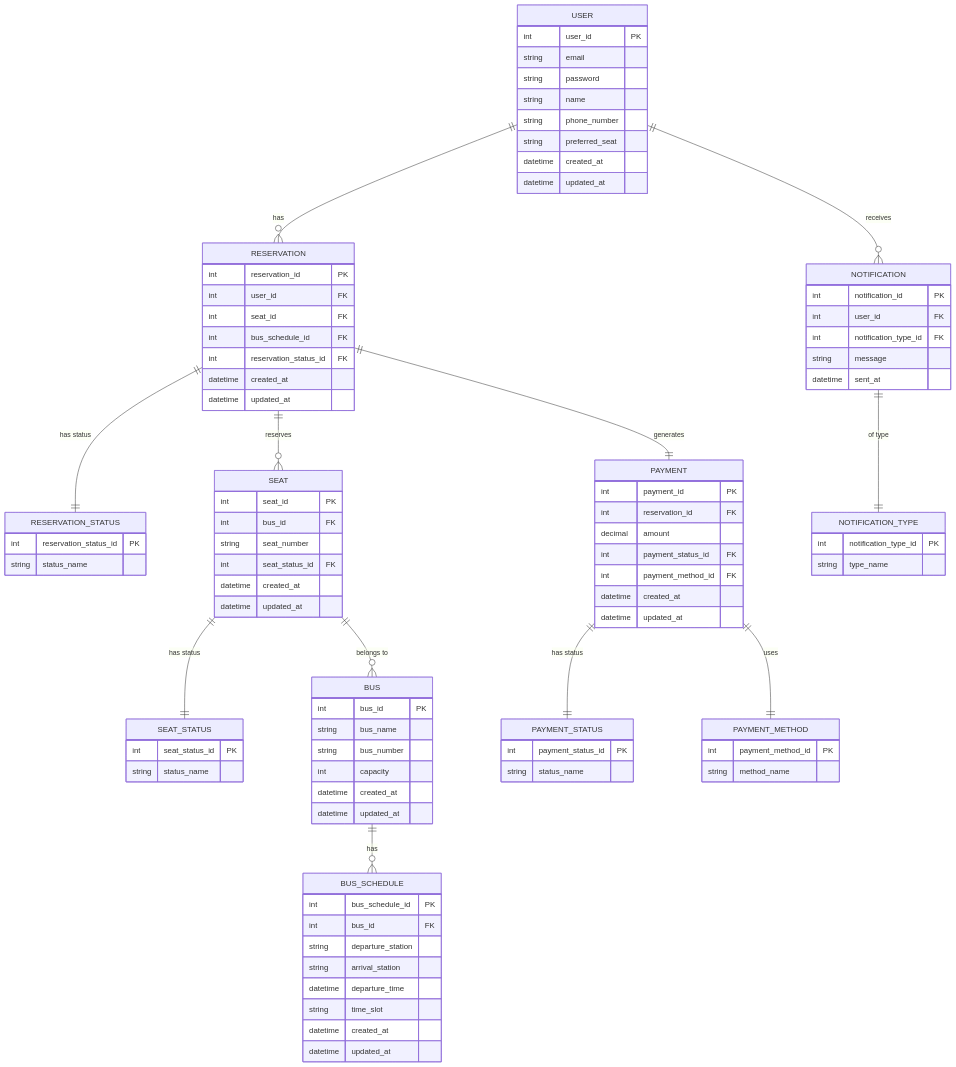
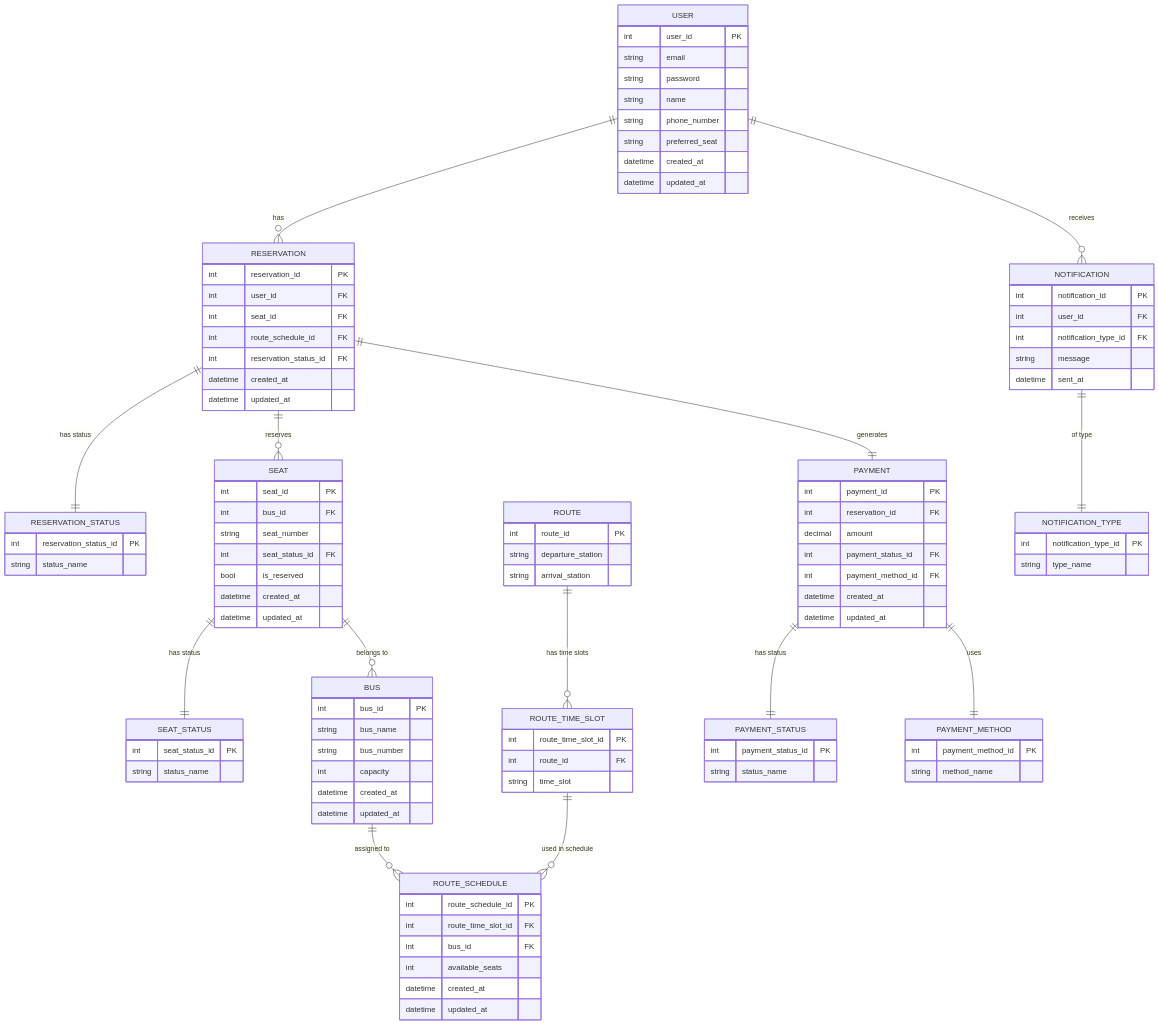
Before and after one commit to hsjni0110/ReservationSystem: the diagram in docs/ERD.md, drawn with Mermaid. The commit also changed 20 other files, not shown here.

Commit message:
feat&test: add route schedule feature and get available route schedule feature

````diff
--- a/docs/ERD.md
+++ b/docs/ERD.md
@@ -18,9 +18,9 @@
         int reservation_id PK
         int user_id FK
         int seat_id FK
-        int bus_schedule_id FK
+        int route_schedule_id FK
         int reservation_status_id FK
-        datetime created_at
+        datetime created_at  
         datetime updated_at
     }
 
@@ -34,6 +34,7 @@
         int bus_id FK
         string seat_number
         int seat_status_id FK
+        bool is_reserved
         datetime created_at
         datetime updated_at
     }
@@ -52,13 +53,23 @@
         datetime updated_at
     }
 
-    BUS_SCHEDULE {
-        int bus_schedule_id PK
-        int bus_id FK
+    ROUTE {
+        int route_id PK
         string departure_station
         string arrival_station
-        datetime departure_time
+    }
+
+    ROUTE_TIME_SLOT {
+        int route_time_slot_id PK
+        int route_id FK
         string time_slot
+    }
+
+    ROUTE_SCHEDULE {
+        int route_schedule_id PK
+        int route_time_slot_id FK
+        int bus_id FK
+        int available_seats
         datetime created_at
         datetime updated_at
     }
@@ -106,6 +117,8 @@
     PAYMENT ||--|| PAYMENT_METHOD : "uses"
     USER ||--o{ NOTIFICATION : "receives"
     NOTIFICATION ||--|| NOTIFICATION_TYPE : "of type"
-    BUS ||--o{ BUS_SCHEDULE : "has"
+    BUS ||--o{ ROUTE_SCHEDULE : "assigned to"
+    ROUTE ||--o{ ROUTE_TIME_SLOT : "has time slots"
+    ROUTE_TIME_SLOT ||--o{ ROUTE_SCHEDULE : "used in schedule"
 
 ```
````
